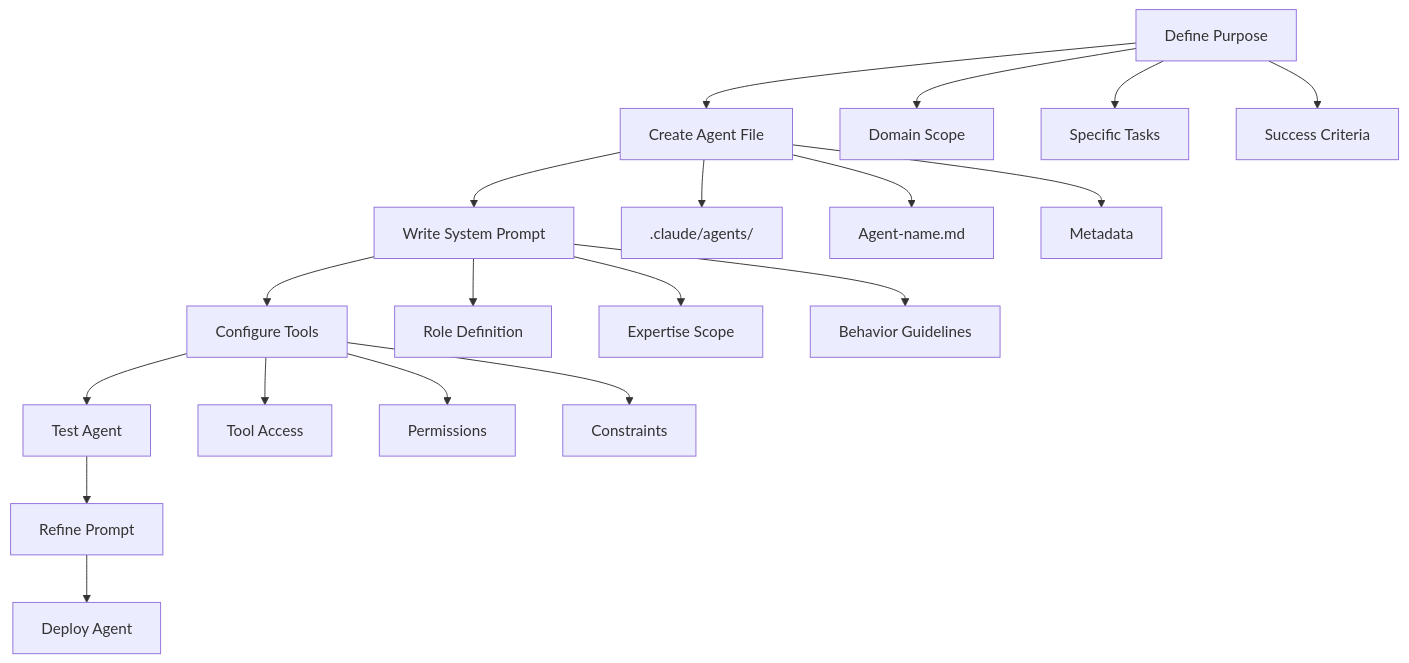
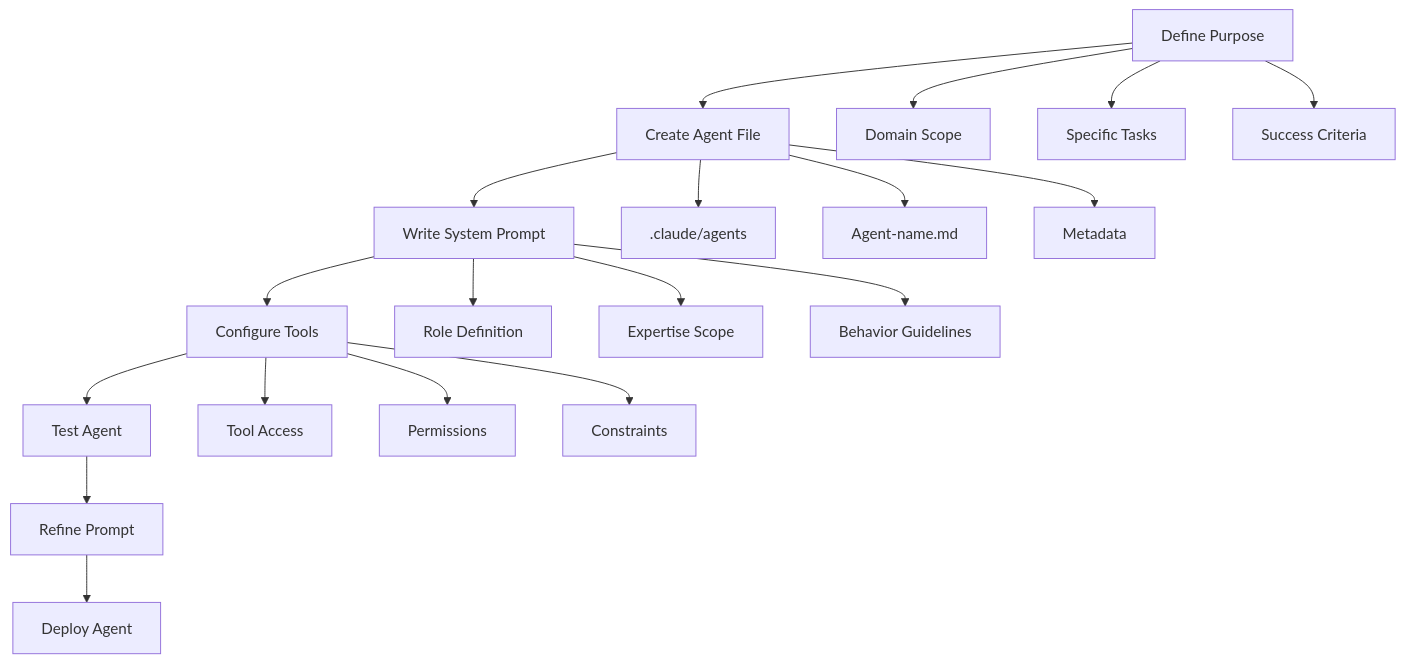
One commit to p-wegner/claude_code_training changed the fourth of 14 diagrams in modules/module5-sub-agents/README.md. Above: the diagram before and after it, drawn with Mermaid. The commit also changed other lines of this file and 3 other files, not shown here.

````diff
--- a/modules/module5-sub-agents/README.md
+++ b/modules/module5-sub-agents/README.md
@@ -85,25 +82,25 @@
 ```mermaid
 graph TD
     A[Define Purpose] --> B[Create Agent File]
     B --> C[Write System Prompt]
     C --> D[Configure Tools]
     D --> E[Test Agent]
     E --> F[Refine Prompt]
     F --> G[Deploy Agent]
     
     A --> A1[Domain Scope]
     A --> A2[Specific Tasks]
     A --> A3[Success Criteria]
     
-    B --> B1[.claude/agents/]
+    B --> B1[.claude/agents]
     B --> B2[Agent-name.md]
     B --> B3[Metadata]
     
     C --> C1[Role Definition]
     C --> C2[Expertise Scope]
     C --> C3[Behavior Guidelines]
     
     D --> D1[Tool Access]
     D --> D2[Permissions]
     D --> D3[Constraints]
 ```
````
